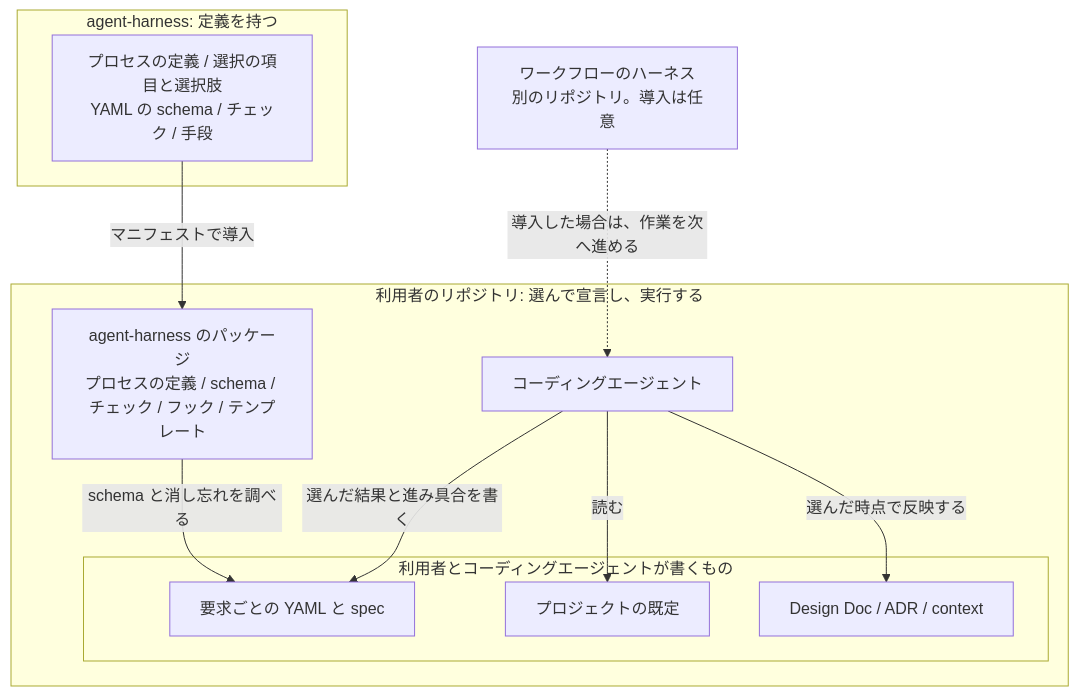
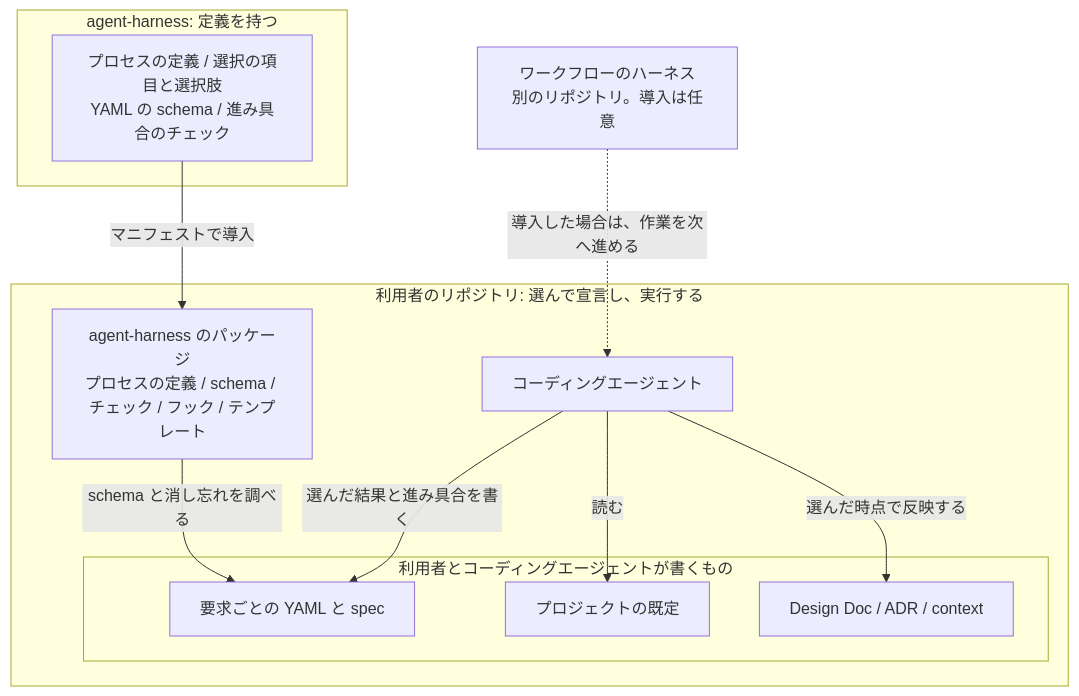
The first of 2 diagrams in design/features/process/DesignDoc_process.md (Fukuemon/agent-harness), drawn with Mermaid before and after one commit. The commit also changed other lines of this file and 3 other files, not shown here.

````diff
--- a/design/features/process/DesignDoc_process.md
+++ b/design/features/process/DesignDoc_process.md
@@ -139,25 +134,25 @@
 ```mermaid
 flowchart TB
     subgraph AH["agent-harness: 定義を持つ"]
-        ah["プロセスの定義 / 選択の項目と選択肢<br>YAML の schema / チェック / 手段"]
+        ah["プロセスの定義 / 選択の項目と選択肢<br>YAML の schema / 進み具合のチェック"]
     end
 
     wf["ワークフローのハーネス<br>別のリポジトリ。導入は任意"]
 
     subgraph C["利用者のリポジトリ: 選んで宣言し、実行する"]
         ahp["agent-harness のパッケージ<br>プロセスの定義 / schema / チェック / フック / テンプレート"]
         actor["コーディングエージェント"]
         subgraph OWN["利用者とコーディングエージェントが書くもの"]
             req["要求ごとの YAML と spec"]
             defaults["プロジェクトの既定"]
             ssot["Design Doc / ADR / context"]
         end
     end
 
     ah -- "マニフェストで導入" --> ahp
     wf -. "導入した場合は、作業を次へ進める" .-> actor
     ahp -- "schema と消し忘れを調べる" --> req
     actor -- "選んだ結果と進み具合を書く" --> req
     actor -- "読む" --> defaults
     actor -- "選んだ時点で反映する" --> ssot
 ```
````
